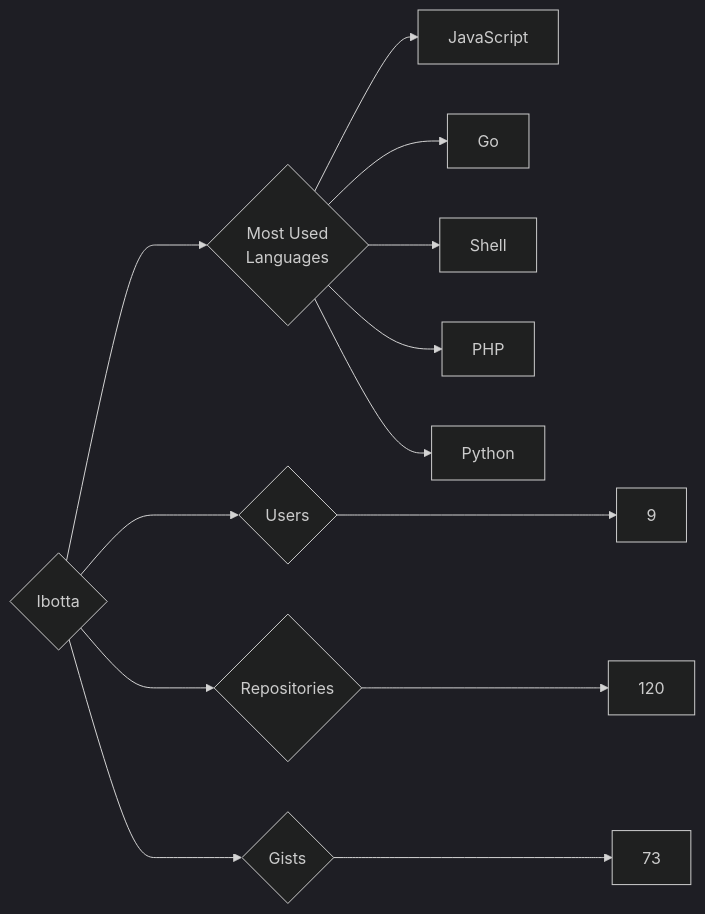
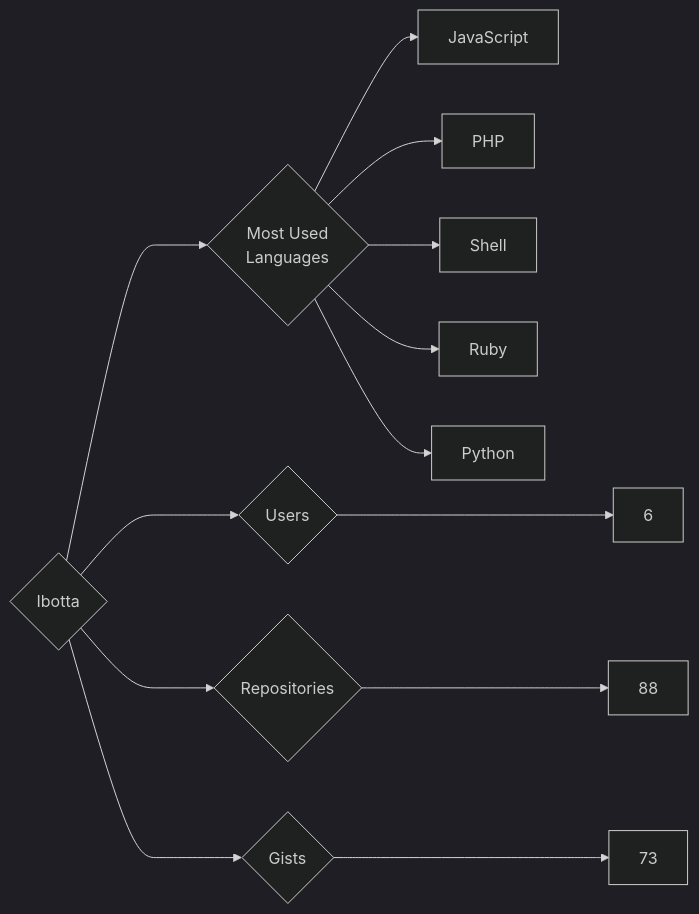
One commit to trickest/insiders changed the diagram in targets/Ibotta/README.md. Above: the diagram before and after it, drawn with Mermaid (dark theme). The commit also changed 679 other files, not shown here.

````diff
--- a/targets/Ibotta/README.md
+++ b/targets/Ibotta/README.md
@@ -3,13 +3,13 @@
 ```mermaid
 graph LR
 COMPANY_NAME{Ibotta}
-COMPANY_NAME ---> U{Users} ---> UN[9]
-COMPANY_NAME ---> R{Repositories} ---> RN[120]
+COMPANY_NAME ---> U{Users} ---> UN[6]
+COMPANY_NAME ---> R{Repositories} ---> RN[88]
 COMPANY_NAME ---> G{Gists} ---> GN[73]
 COMPANY_NAME ---> ML{Most Used<br>Languages}
 ML --> JavaScript[JavaScript]
-ML --> Go[Go]
+ML --> PHP[PHP]
 ML --> Shell[Shell]
-ML --> PHP[PHP]
+ML --> Ruby[Ruby]
 ML --> Python[Python]
 ```
````
